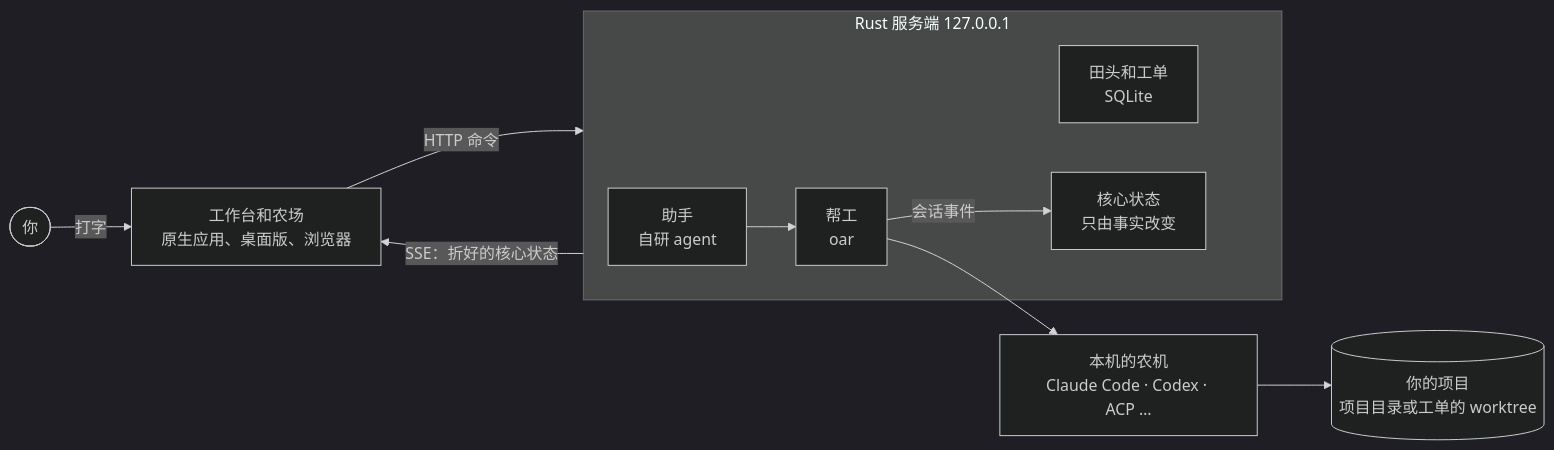
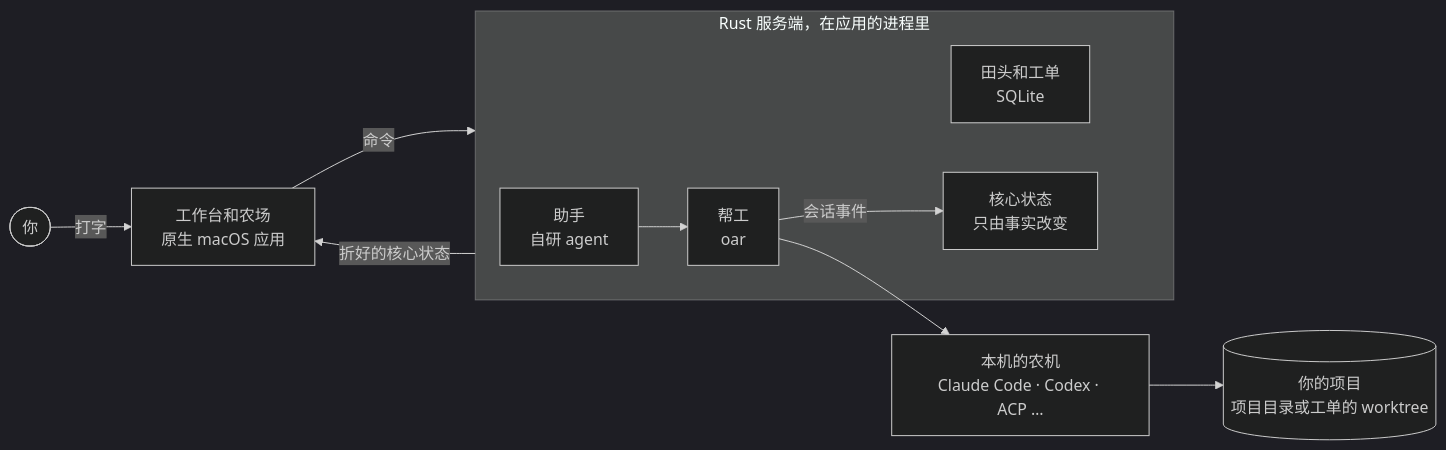
One commit to vibevalleyhq/vibevalley changed the diagram in README.md. Above: the diagram before and after it, drawn with Mermaid (dark theme). The commit also changed other lines of this file and 3 other files, not shown here.

````diff
--- a/README.md
+++ b/README.md
@@ -28,16 +28,16 @@
 ```mermaid
 flowchart LR
-  you([你]) -- 打字 --> app[工作台和农场<br/>原生应用、桌面版、浏览器]
-  app -- HTTP 命令 --> server
-  server -- SSE：折好的核心状态 --> app
-  subgraph server[Rust 服务端 127.0.0.1]
+  you([你]) -- 打字 --> app[工作台和农场<br/>原生 macOS 应用]
+  app -- 命令 --> server
+  server -- 折好的核心状态 --> app
+  subgraph server[Rust 服务端，在应用的进程里]
     manager[助手<br/>自研 agent]
     chat[田头和工单<br/>SQLite]
     site[核心状态<br/>只由事实改变]
     sessions[帮工<br/>oar]
   end
   manager --> sessions
   sessions -- 会话事件 --> site
   sessions --> rt[本机的农机<br/>Claude Code · Codex · ACP …]
   rt --> repo[(你的项目<br/>项目目录或工单的 worktree)]
 ```
````
